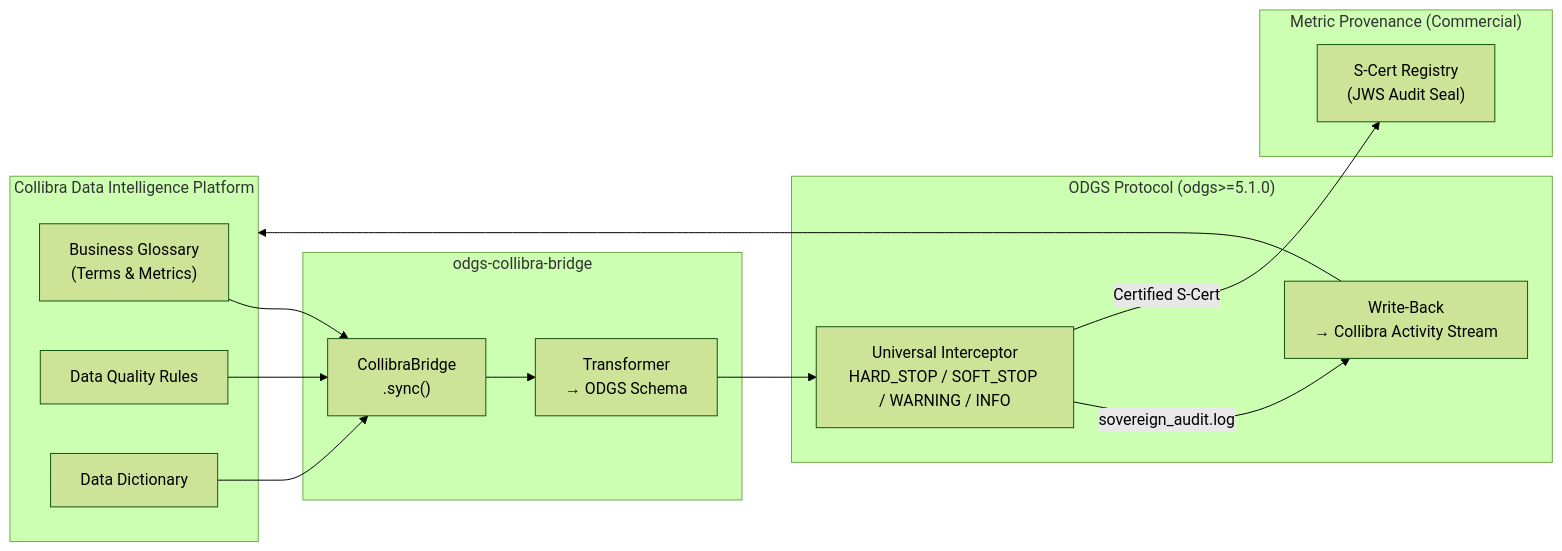
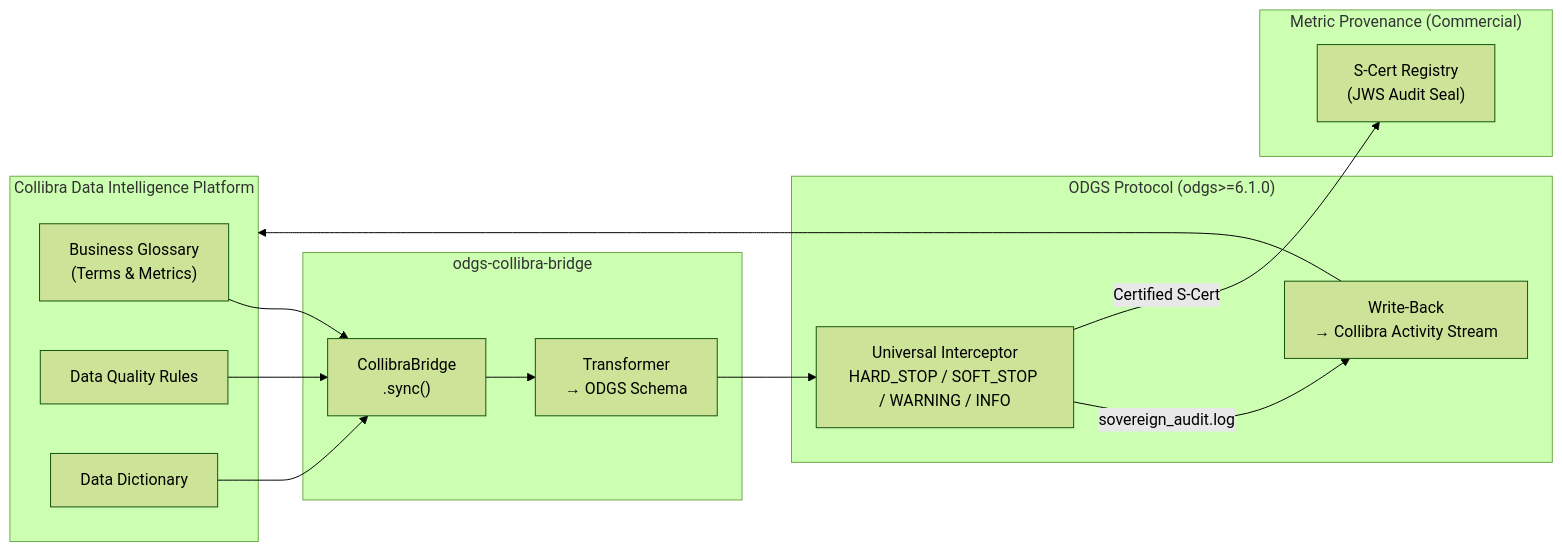
The diagram in README.md (MetricProvenance/odgs-collibra-bridge), drawn with Mermaid (forest theme) before and after one commit. The commit also changed other lines of this file and 2 other files, not shown here.

Commit message:
feat(v0.4.4): align README and metadata with ODGS v6.1.0 and remove legal indemnity phrasing

````diff
--- a/README.md
+++ b/README.md
@@ -26,26 +26,26 @@
 ```mermaid
 flowchart LR
     subgraph Collibra["Collibra Data Intelligence Platform"]
         BG["Business Glossary\n(Terms & Metrics)"]
         DQ["Data Quality Rules"]
         DD["Data Dictionary"]
     end
 
     subgraph Bridge["odgs-collibra-bridge"]
         T["CollibraBridge\n.sync()"]
         TR["Transformer\n→ ODGS Schema"]
     end
 
-    subgraph ODGS["ODGS Protocol (odgs>=5.1.0)"]
+    subgraph ODGS["ODGS Protocol (odgs>=6.1.0)"]
         I["Universal Interceptor\nHARD_STOP / SOFT_STOP / WARNING / INFO"]
         WB["Write-Back\n→ Collibra Activity Stream"]
     end
 
     subgraph MP["Metric Provenance (Commercial)"]
         SC["S-Cert Registry\n(JWS Audit Seal)"]
     end
 
     BG & DQ & DD --> T --> TR --> I
     I -->|"sovereign_audit.log"| WB --> Collibra
     I -->|"Certified S-Cert"| SC
 ```
````
